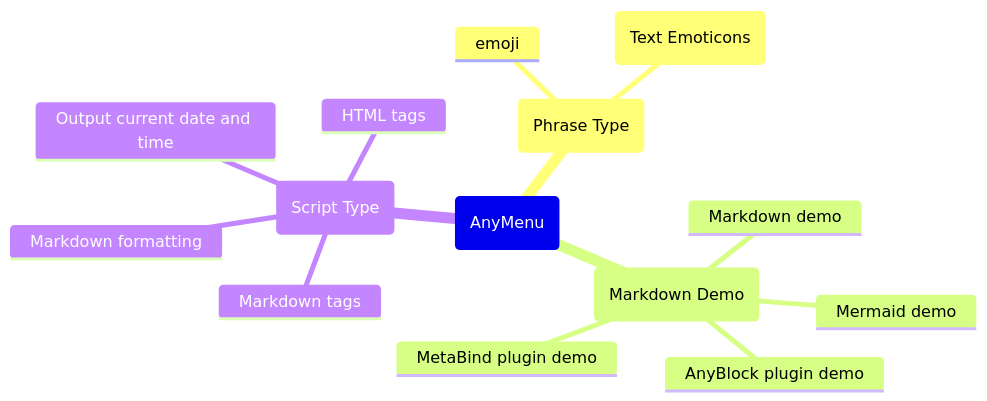
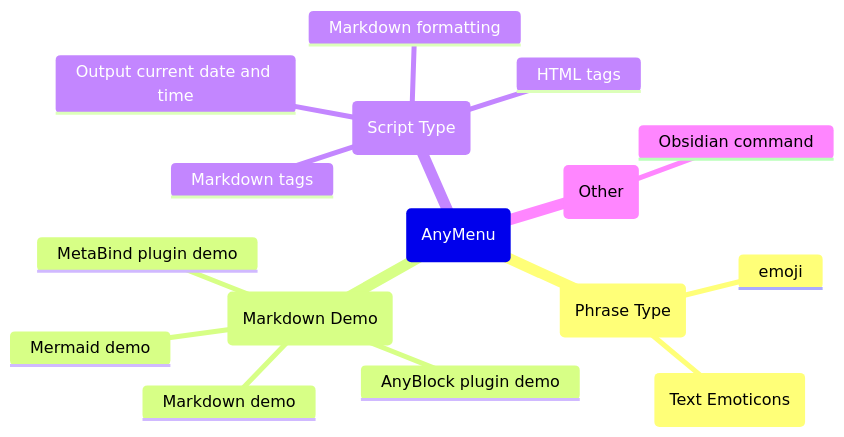
The diagram in README.en.md (any-menu/any-menu), drawn with Mermaid before and after one commit. The commit also changed 4 other files, not shown here.

````diff
--- a/README.en.md
+++ b/README.en.md
@@ -71,17 +71,19 @@
 ```mermaid
 mindmap
   root(AnyMenu)
     (Phrase Type)
       emoji
       Kaomoji (Text Emoticons)
     (Markdown Demo)
       Markdown demo
       Mermaid demo
       AnyBlock plugin demo
       MetaBind plugin demo
     (Script Type)
       Output current date and time
       Markdown formatting
       Markdown tags
       HTML tags
+    (Other)
+      Obsidian command
 ```
````
